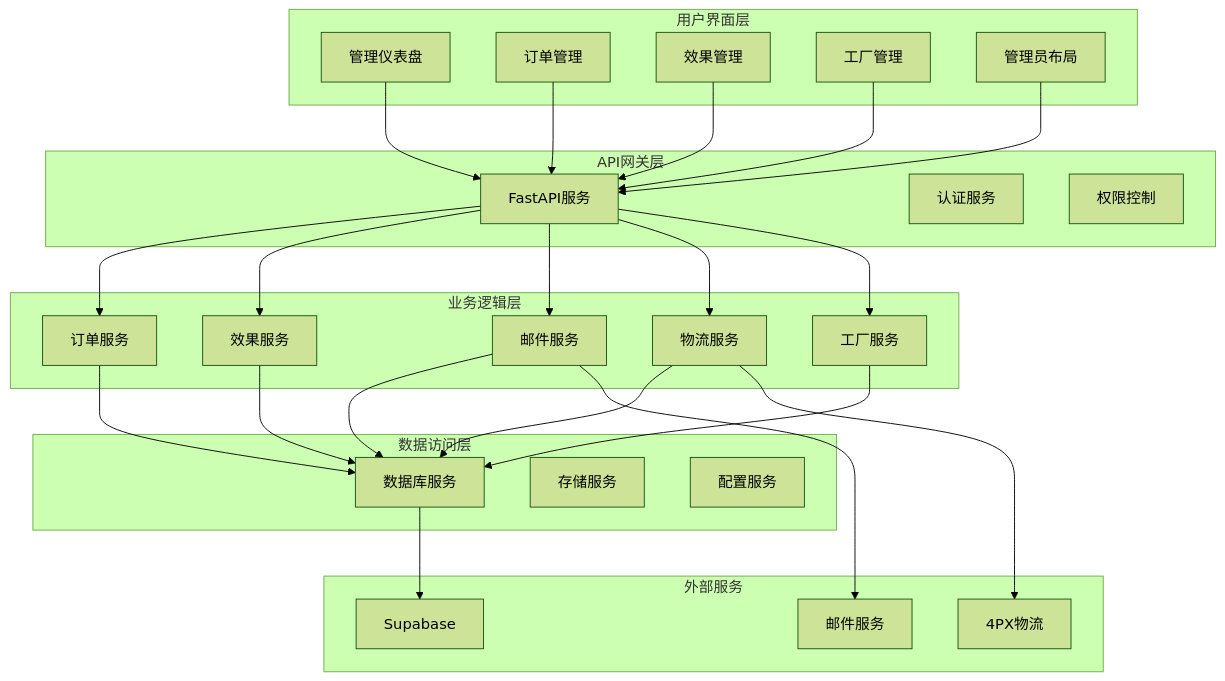
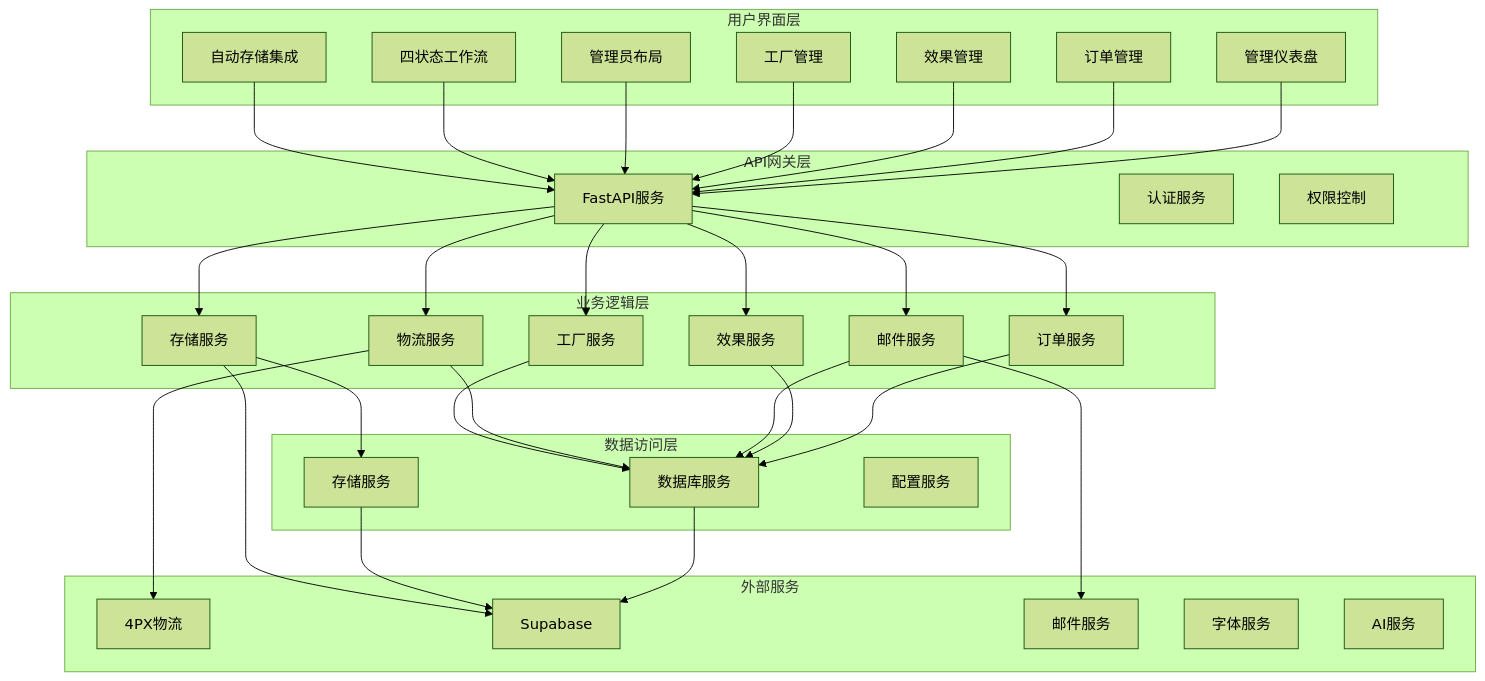
The seventh of 20 diagrams in .qoder/repowiki/zh/content/开发指南/管理面板功能增强.md (SY6621/POD-Order-Management), drawn with Mermaid (forest theme) before and after one commit. The commit also changed other lines of this file and 8 other files, not shown here.

````diff
--- a/.qoder/repowiki/zh/content/开发指南/管理面板功能增强.md
+++ b/.qoder/repowiki/zh/content/开发指南/管理面板功能增强.md
@@ -241,50 +308,61 @@
 ```mermaid
 graph TB
 subgraph "用户界面层"
 UI1[管理仪表盘]
 UI2[订单管理]
 UI3[效果管理]
 UI4[工厂管理]
 UI5[管理员布局]
+UI6[四状态工作流]
+UI7[自动存储集成]
 end
 subgraph "API网关层"
 API1[FastAPI服务]
 API2[认证服务]
 API3[权限控制]
 end
 subgraph "业务逻辑层"
 BL1[订单服务]
 BL2[效果服务]
 BL3[邮件服务]
 BL4[物流服务]
 BL5[工厂服务]
+BL6[存储服务]
 end
 subgraph "数据访问层"
 DA1[数据库服务]
 DA2[存储服务]
 DA3[配置服务]
 end
 subgraph "外部服务"
 ES1[4PX物流]
 ES2[Supabase]
 ES3[邮件服务]
+ES4[字体服务]
+ES5[AI服务]
 end
 UI1 --> API1
 UI2 --> API1
 UI3 --> API1
 UI4 --> API1
 UI5 --> API1
+UI6 --> API1
+UI7 --> API1
 API1 --> BL1
 API1 --> BL2
 API1 --> BL3
 API1 --> BL4
 API1 --> BL5
+API1 --> BL6
 BL1 --> DA1
 BL2 --> DA1
 BL3 --> DA1
 BL4 --> DA1
 BL5 --> DA1
+BL6 --> DA2
 DA1 --> ES2
+DA2 --> ES2
 BL4 --> ES1
 BL3 --> ES3
+BL6 --> ES2
 ```
````
